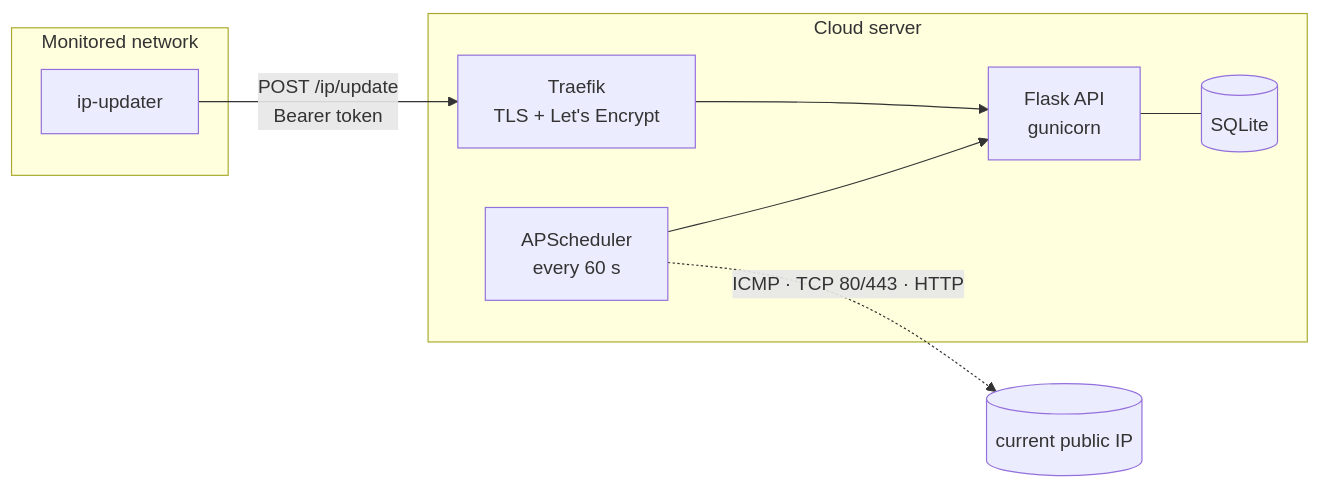
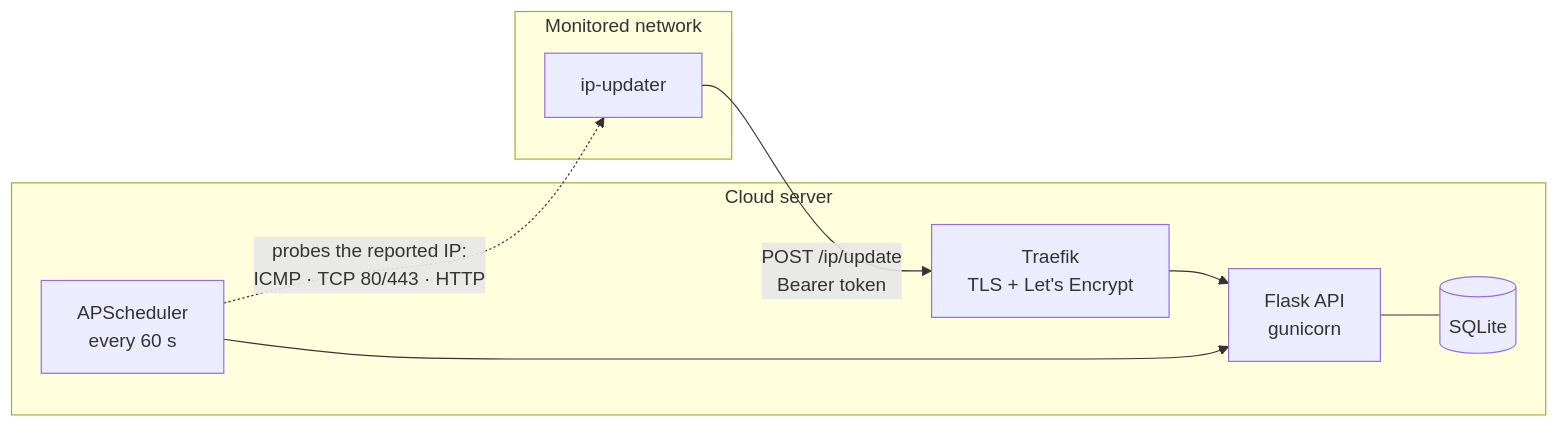
The diagram in README.md (blackburn2601/aws-internet-observer), drawn with Mermaid before and after one commit.

Commit message:
docs(readme): point the probe arrow at the monitored network

````diff
--- a/README.md
+++ b/README.md
@@ -29,13 +29,13 @@
 ```mermaid
 flowchart LR
     subgraph Monitored network
         U[ip-updater]
     end
     subgraph Cloud server
         T[Traefik<br/>TLS + Let's Encrypt] --> A[Flask API<br/>gunicorn]
         A --- D[(SQLite)]
         S[APScheduler<br/>every 60 s] --> A
     end
     U -- "POST /ip/update<br/>Bearer token" --> T
-    S -. "ICMP · TCP 80/443 · HTTP" .-> M[(current public IP)]
+    S -. "probes the reported IP:<br/>ICMP · TCP 80/443 · HTTP" .-> U
 ```
````
